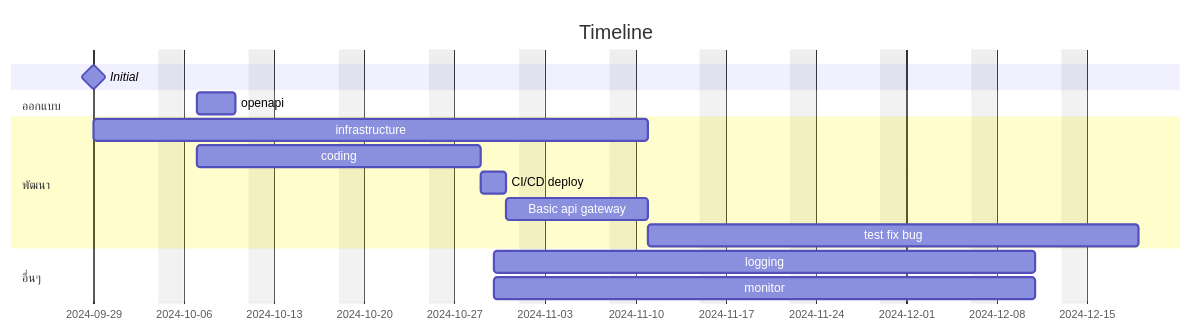
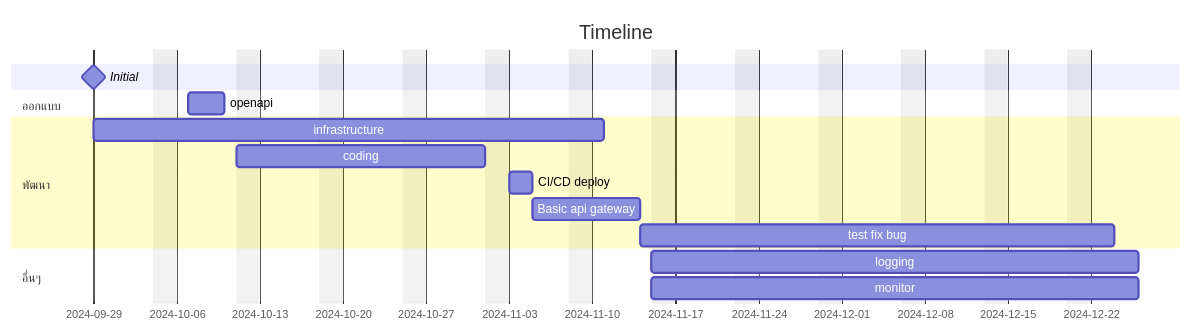
Before and after one commit to lionants02/public: the fifth of 5 diagrams in ktb-amed/README.md, drawn with Mermaid.

Commit message:
update timeline

````diff
--- a/ktb-amed/README.md
+++ b/ktb-amed/README.md
@@ -106,19 +106,19 @@
 ```mermaid
 gantt
     title Timeline
     dateFormat YYYY-MM-DD
     excludes weekends
     weekend friday
     Initial : milestone,m1 ,2024-09-29,0d
     section ออกแบบ
         openapi          :a1, 2024-10-07, 3d
     section พัฒนา
         infrastructure: 2024-09-29, 31d
-        coding :2024-10-07, 16d
+        coding :2024-10-11, 16d
         CI/CD deploy    :2d
         Basic api gateway    :7d
         test fix bug    :28d
     section อื่นๆ
-        logging :2024-10-30, 30d
-        monitor :2024-10-30, 30d
+        logging :2024-11-15, 30d
+        monitor :2024-11-15, 30d
 ```
````
